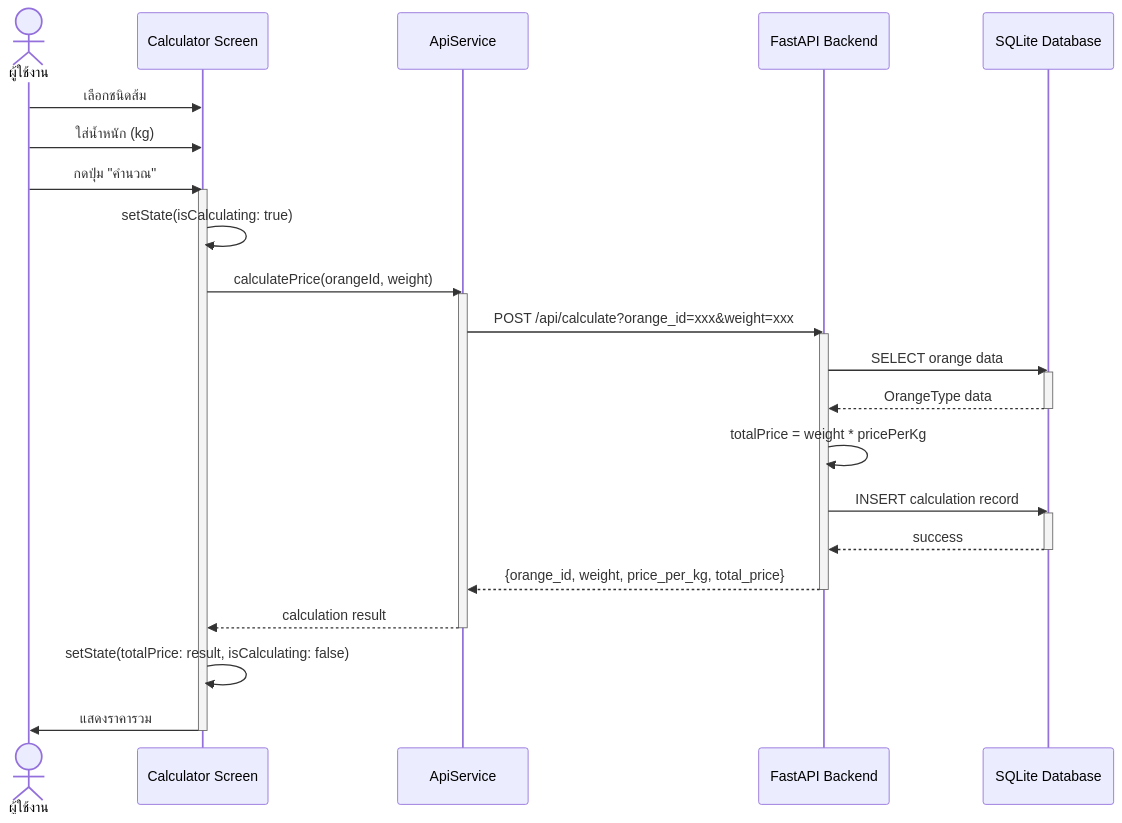
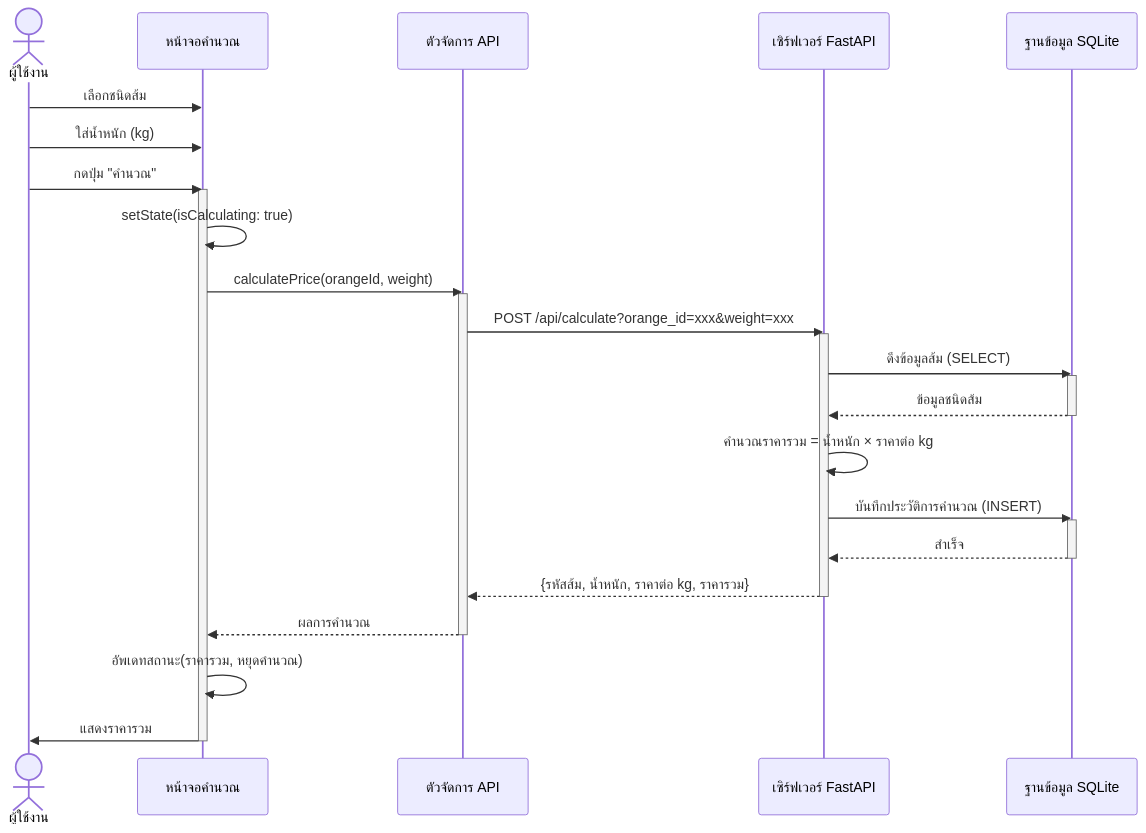
The first of 5 diagrams in docs/sequence-diagram.md (MyFirstKiss/Flutter-app-for-orange-price-calculation), drawn with Mermaid before and after one commit. The commit also changed other lines of this file, not shown here.

Commit message:
แปล sequence diagrams เปนภาษาไทยทงหมด (participants, steps, และ key points)

````diff
--- a/docs/sequence-diagram.md
+++ b/docs/sequence-diagram.md
@@ -5,41 +5,41 @@
 ```mermaid
 sequenceDiagram
     actor User as ผู้ใช้งาน
-    participant UI as Calculator Screen
-    participant API as ApiService
-    participant Backend as FastAPI Backend
-    participant DB as SQLite Database
+    participant UI as หน้าจอคำนวณ
+    participant API as ตัวจัดการ API
+    participant Backend as เซิร์ฟเวอร์ FastAPI
+    participant DB as ฐานข้อมูล SQLite
     
     User->>UI: เลือกชนิดส้ม
     User->>UI: ใส่น้ำหนัก (kg)
     User->>UI: กดปุ่ม "คำนวณ"
     
     activate UI
     UI->>UI: setState(isCalculating: true)
     UI->>API: calculatePrice(orangeId, weight)
     
     activate API
     API->>Backend: POST /api/calculate?orange_id=xxx&weight=xxx
     
     activate Backend
-    Backend->>DB: SELECT orange data
+    Backend->>DB: ดึงข้อมูลส้ม (SELECT)
     activate DB
-    DB-->>Backend: OrangeType data
+    DB-->>Backend: ข้อมูลชนิดส้ม
     deactivate DB
     
-    Backend->>Backend: totalPrice = weight * pricePerKg
-    Backend->>DB: INSERT calculation record
+    Backend->>Backend: คำนวณราคารวม = น้ำหนัก × ราคาต่อ kg
+    Backend->>DB: บันทึกประวัติการคำนวณ (INSERT)
     activate DB
-    DB-->>Backend: success
+    DB-->>Backend: สำเร็จ
     deactivate DB
     
-    Backend-->>API: {orange_id, weight, price_per_kg, total_price}
+    Backend-->>API: {รหัสส้ม, น้ำหนัก, ราคาต่อ kg, ราคารวม}
     deactivate Backend
     
-    API-->>UI: calculation result
+    API-->>UI: ผลการคำนวณ
     deactivate API
     
-    UI->>UI: setState(totalPrice: result, isCalculating: false)
+    UI->>UI: อัพเดทสถานะ(ราคารวม, หยุดคำนวณ)
     UI->>User: แสดงราคารวม
     deactivate UI
 ```
````
